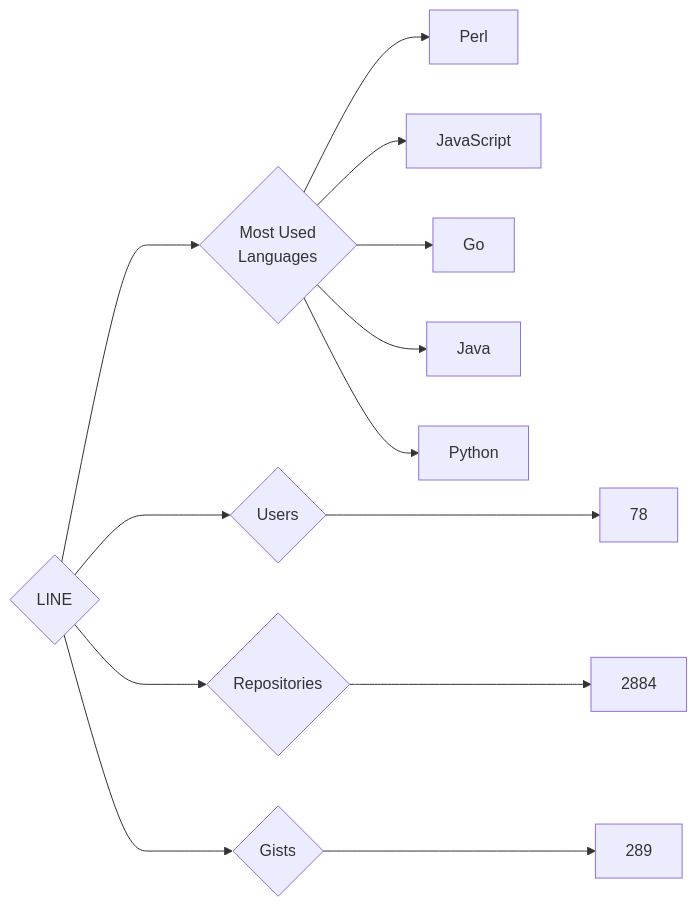
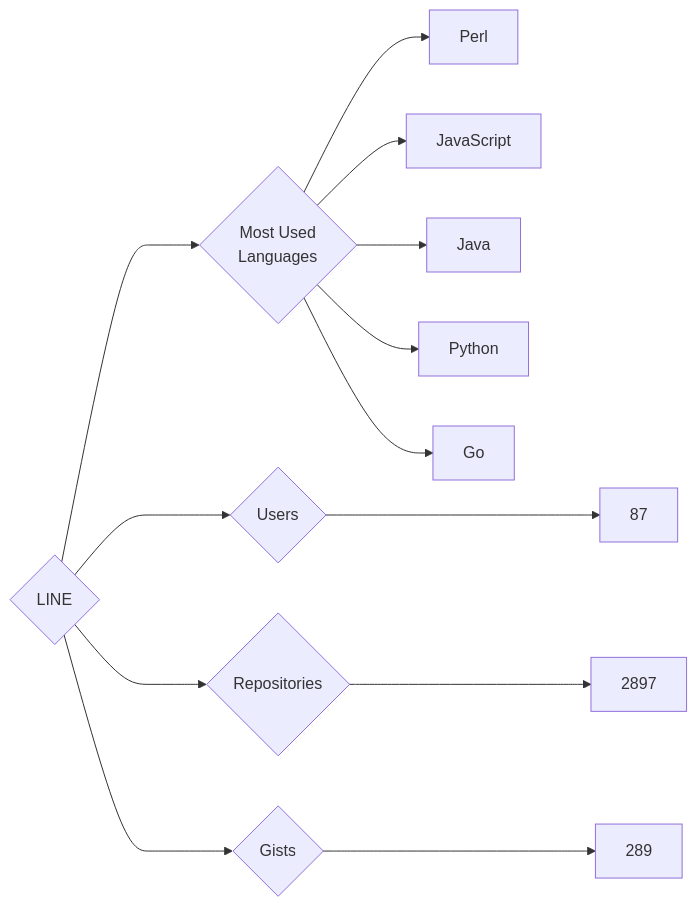
The diagram in targets/LINE/README.md (trickest/insiders), drawn with Mermaid before and after one commit. The commit also changed 953 other files, not shown here.

````diff
--- a/targets/LINE/README.md
+++ b/targets/LINE/README.md
@@ -3,13 +3,13 @@
 ```mermaid
 graph LR
 COMPANY_NAME{LINE}
-COMPANY_NAME ---> U{Users} ---> UN[78]
-COMPANY_NAME ---> R{Repositories} ---> RN[2884]
+COMPANY_NAME ---> U{Users} ---> UN[87]
+COMPANY_NAME ---> R{Repositories} ---> RN[2897]
 COMPANY_NAME ---> G{Gists} ---> GN[289]
 COMPANY_NAME ---> ML{Most Used<br>Languages}
 ML --> Perl[Perl]
 ML --> JavaScript[JavaScript]
-ML --> Go[Go]
 ML --> Java[Java]
 ML --> Python[Python]
+ML --> Go[Go]
 ```
````
